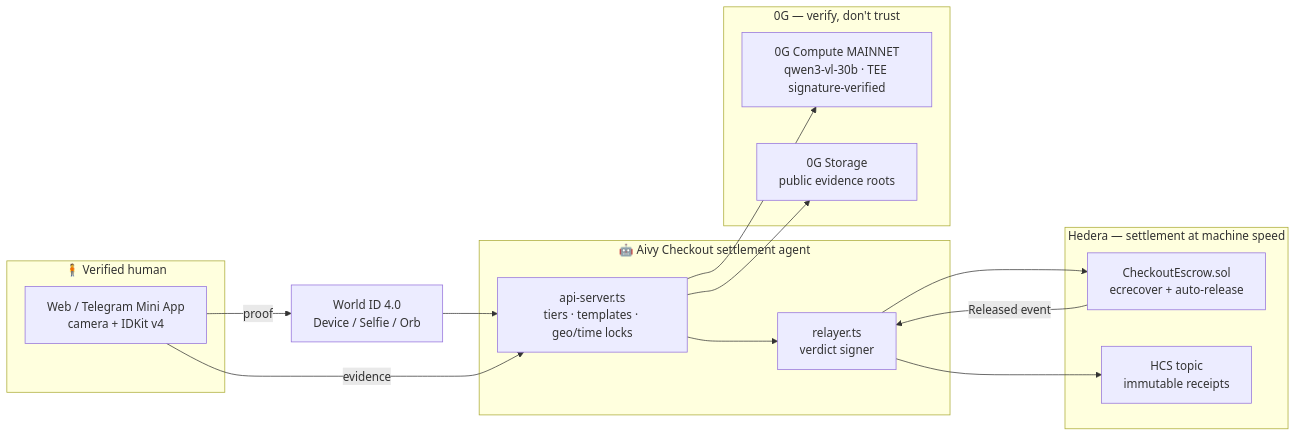
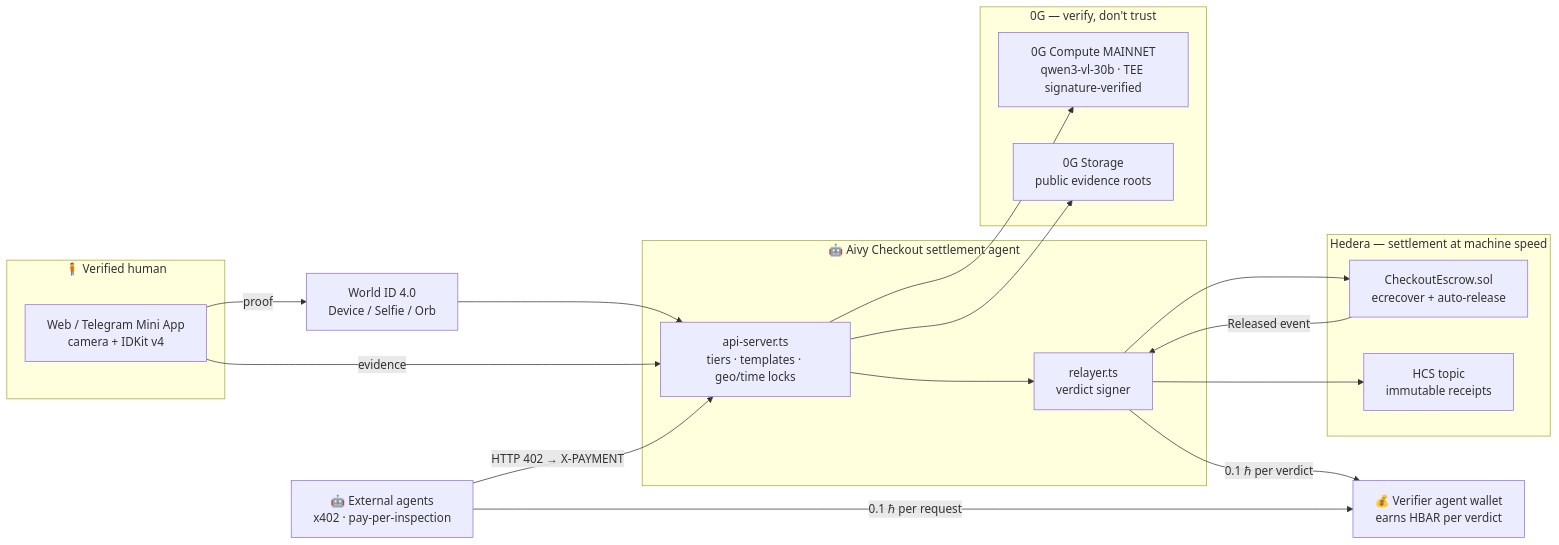
Before and after one commit to jmgomezl/aivy-checkout: the second of 3 diagrams in README.md, drawn with Mermaid. The commit also changed other lines of this file and 2 other files, not shown here.

First line of the commit message:
The verifier agent gets PAID: 0.1 HBAR per verdict, own wallet, both revenue streams

````diff
--- a/README.md
+++ b/README.md
@@ -136,26 +138,31 @@
 ```mermaid
 flowchart LR
     subgraph Human["🧍 Verified human"]
         TG[Web / Telegram Mini App<br/>camera + IDKit v4]
     end
     subgraph Agent["🤖 Aivy Checkout settlement agent"]
         API[api-server.ts<br/>tiers · templates · geo/time locks]
         REL[relayer.ts<br/>verdict signer]
     end
     subgraph ZG["0G — verify, don't trust"]
         C[0G Compute MAINNET<br/>qwen3-vl-30b · TEE signature-verified]
         ST[0G Storage<br/>public evidence roots]
     end
     subgraph HED["Hedera — settlement at machine speed"]
         ESC[CheckoutEscrow.sol<br/>ecrecover + auto-release]
         HCS[HCS topic<br/>immutable receipts]
     end
     W[World ID 4.0<br/>Device / Selfie / Orb]
+    AGW[💰 Verifier agent wallet<br/>earns HBAR per verdict]
+    EXT[🤖 External agents<br/>x402 · pay-per-inspection]
 
     TG -->|proof| W --> API
     TG -->|evidence| API
     API --> C
     API --> ST
     API --> REL --> ESC
     ESC -->|Released event| REL --> HCS
+    REL -->|0.1 ℏ per verdict| AGW
+    EXT -->|HTTP 402 → X-PAYMENT| API
+    EXT -->|0.1 ℏ per request| AGW
 ```
````
